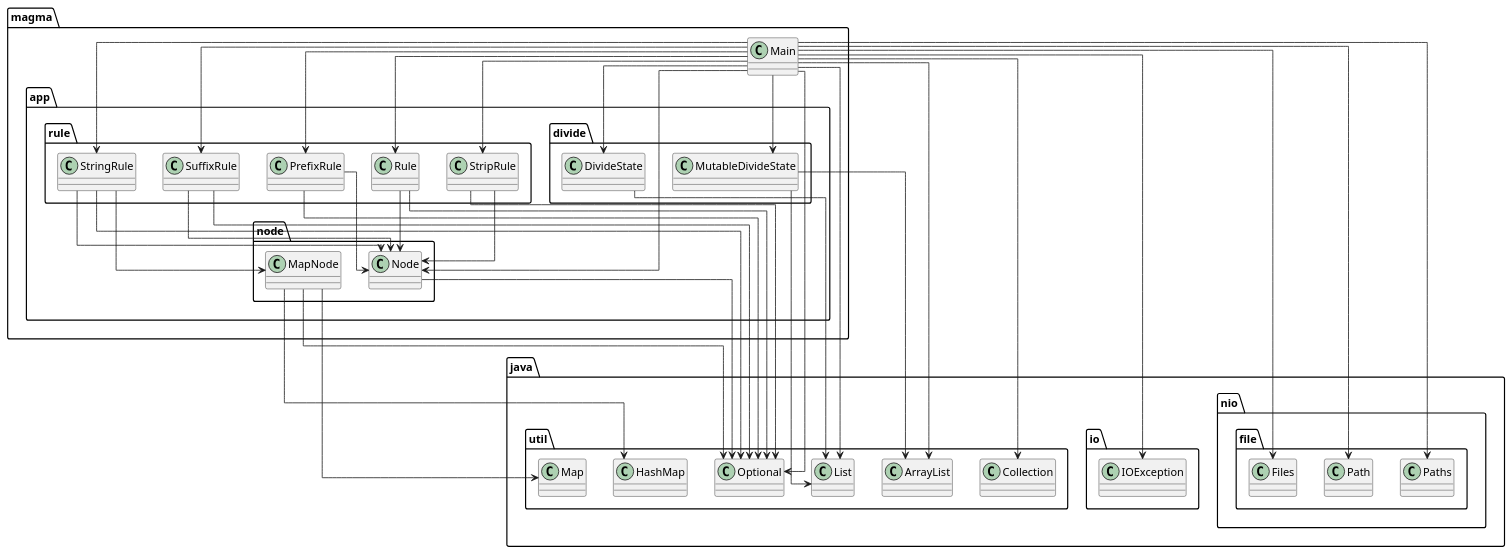
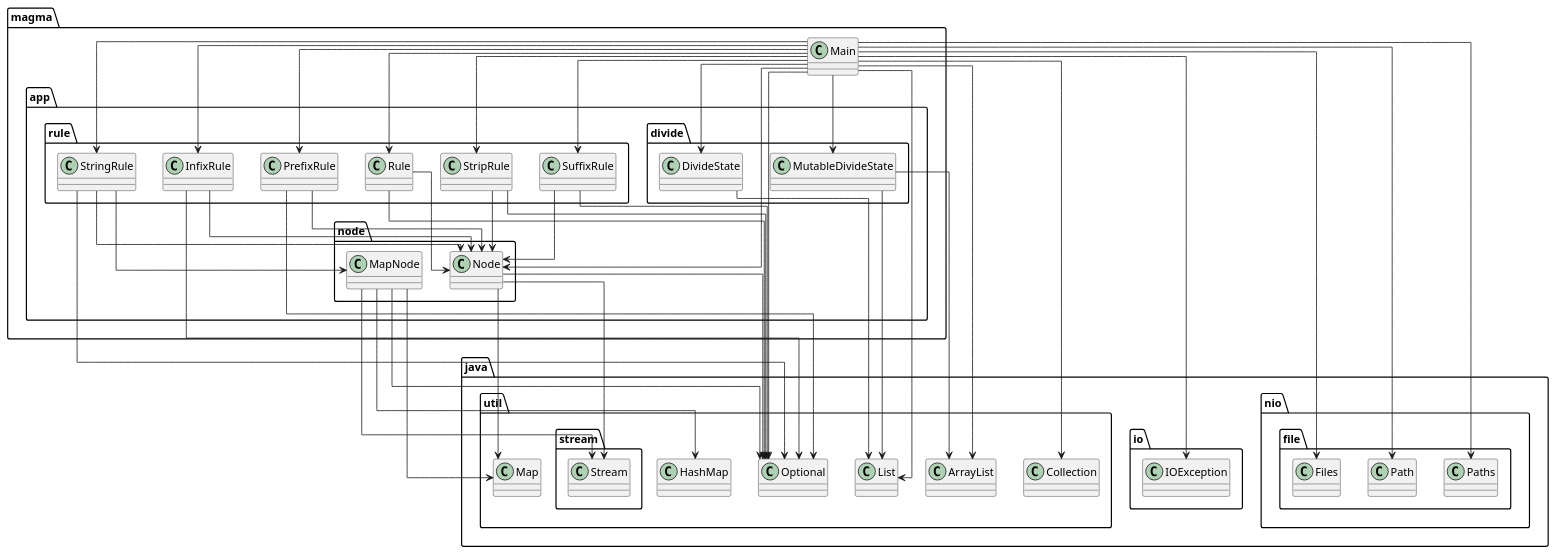
The diagram in diagram.puml (SirMathhman/Magma), drawn with PlantUML before and after one commit. The commit also changed 9 other files, not shown here.

```diff
--- a/diagram.puml
+++ b/diagram.puml
@@ -1,47 +1,54 @@
 @startuml
 skinparam linetype ortho
 class magma.app.divide.DivideState
 magma.app.divide.DivideState --> java.util.List
 class magma.app.divide.MutableDivideState
 magma.app.divide.MutableDivideState --> java.util.ArrayList
 magma.app.divide.MutableDivideState --> java.util.List
 class magma.app.node.MapNode
 magma.app.node.MapNode --> java.util.HashMap
 magma.app.node.MapNode --> java.util.Map
 magma.app.node.MapNode --> java.util.Optional
+magma.app.node.MapNode --> java.util.stream.Stream
 class magma.app.node.Node
+magma.app.node.Node --> java.util.Map
 magma.app.node.Node --> java.util.Optional
+magma.app.node.Node --> java.util.stream.Stream
+class magma.app.rule.InfixRule
+magma.app.rule.InfixRule --> magma.app.node.Node
+magma.app.rule.InfixRule --> java.util.Optional
 class magma.app.rule.PrefixRule
 magma.app.rule.PrefixRule --> magma.app.node.Node
 magma.app.rule.PrefixRule --> java.util.Optional
 class magma.app.rule.Rule
 magma.app.rule.Rule --> magma.app.node.Node
 magma.app.rule.Rule --> java.util.Optional
 class magma.app.rule.StringRule
 magma.app.rule.StringRule --> magma.app.node.MapNode
 magma.app.rule.StringRule --> magma.app.node.Node
 magma.app.rule.StringRule --> java.util.Optional
 class magma.app.rule.StripRule
 magma.app.rule.StripRule --> magma.app.node.Node
 magma.app.rule.StripRule --> java.util.Optional
 class magma.app.rule.SuffixRule
 magma.app.rule.SuffixRule --> magma.app.node.Node
 magma.app.rule.SuffixRule --> java.util.Optional
 class magma.Main
 magma.Main --> magma.app.divide.DivideState
 magma.Main --> magma.app.divide.MutableDivideState
 magma.Main --> magma.app.node.Node
+magma.Main --> magma.app.rule.InfixRule
 magma.Main --> magma.app.rule.PrefixRule
 magma.Main --> magma.app.rule.Rule
 magma.Main --> magma.app.rule.StringRule
 magma.Main --> magma.app.rule.StripRule
 magma.Main --> magma.app.rule.SuffixRule
 magma.Main --> java.io.IOException
 magma.Main --> java.nio.file.Files
 magma.Main --> java.nio.file.Path
 magma.Main --> java.nio.file.Paths
 magma.Main --> java.util.ArrayList
 magma.Main --> java.util.Collection
 magma.Main --> java.util.List
 magma.Main --> java.util.Optional
 @enduml
```
